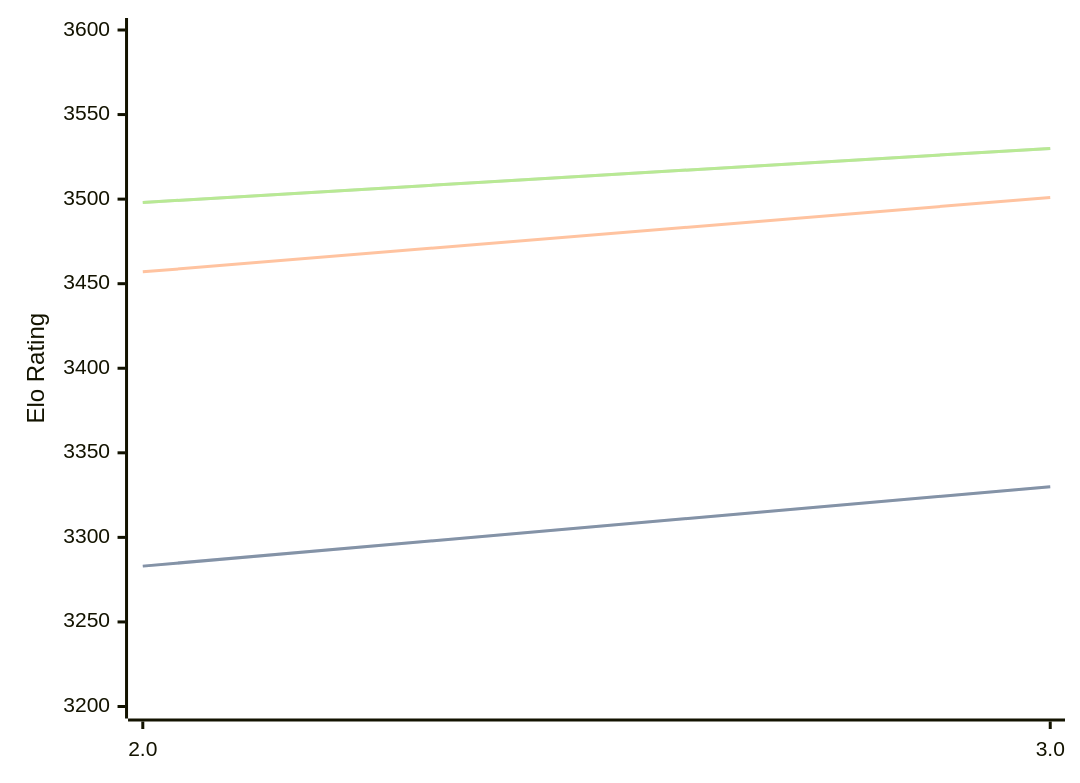
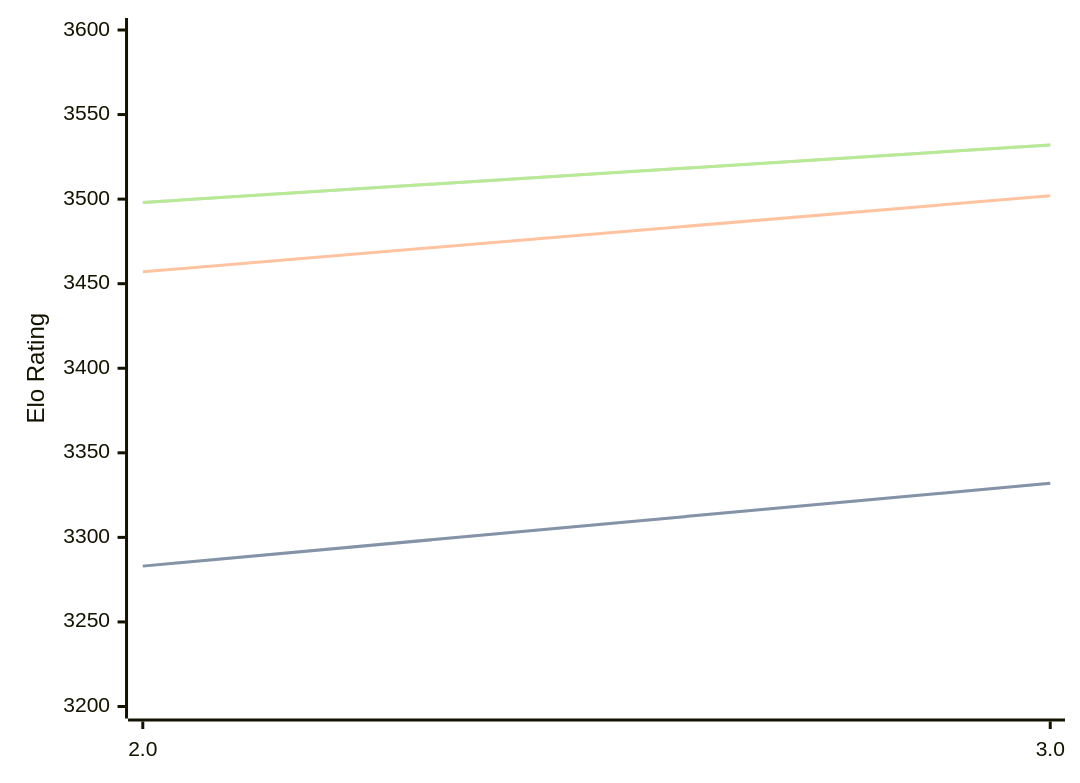
One commit to computer-chess-index/cci changed the third of 3 diagrams in engines/Quanticade.md. Above: the diagram before and after it, drawn with Mermaid. The commit also changed other lines of this file, not shown here.

Commit message:
Update CCI Ratings (ELO VLTC) - 2026-07-18

````diff
--- a/engines/Quanticade.md
+++ b/engines/Quanticade.md
@@ -74,11 +74,11 @@
 ```mermaid
 %%{init: {"theme":"base","themeVariables":{"seriesColors:['#a3a3a3','#222221','#faa371']}}}%%
 xychart-beta
   x-axis ["2.0", "3.0"]
   y-axis "Elo Rating" 3200 --> 3600
-  line "STC (8.0+0.08s)" [3283, 3330]
-  line "STC (8.0+0.08s)" [3283, 3330]
-  line "LTC (60.0+0.60s)" [3457, 3501]
-  line "VLTC (2m24s+1.12s)" [3498, 3530]
-  line "VLTC (2m24s+1.12s)" [3498, 3530]
+  line "STC (8.0+0.08s)" [3283, 3332]
+  line "STC (8.0+0.08s)" [3283, 3332]
+  line "LTC (60.0+0.60s)" [3457, 3502]
+  line "VLTC (2m24s+1.12s)" [3498, 3532]
+  line "VLTC (2m24s+1.12s)" [3498, 3532]
 ```
````
